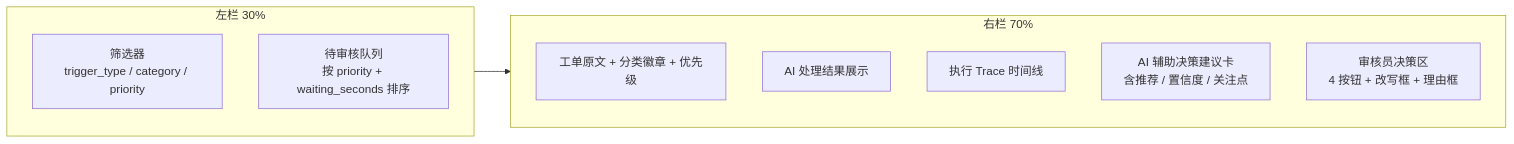
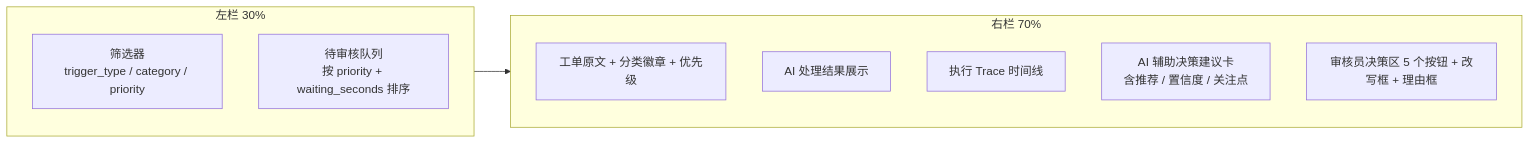
Before and after one commit to ArtLjn/AgentDesk: the fifth of 5 diagrams in docs/design-spec/01_正式设计/09_人工审核工作台设计.md, drawn with Mermaid. The commit also changed other lines of this file and 52 other files, not shown here.

````diff
--- a/docs/design-spec/01_正式设计/09_人工审核工作台设计.md
+++ b/docs/design-spec/01_正式设计/09_人工审核工作台设计.md
@@ -388,15 +465,15 @@
 ```mermaid
 flowchart LR
     subgraph Left[左栏 30%]
         L1[筛选器<br/>trigger_type / category / priority]
         L2[待审核队列<br/>按 priority + waiting_seconds 排序]
     end
     subgraph Right[右栏 70%]
         R1[工单原文 + 分类徽章 + 优先级]
         R2[AI 处理结果展示]
         R3[执行 Trace 时间线]
         R4[AI 辅助决策建议卡<br/>含推荐 / 置信度 / 关注点]
-        R5[审核员决策区<br/>4 按钮 + 改写框 + 理由框]
+        R5["审核员决策区 5 个按钮 + 改写框 + 理由框"]
     end
     Left --> Right
 ```
````
